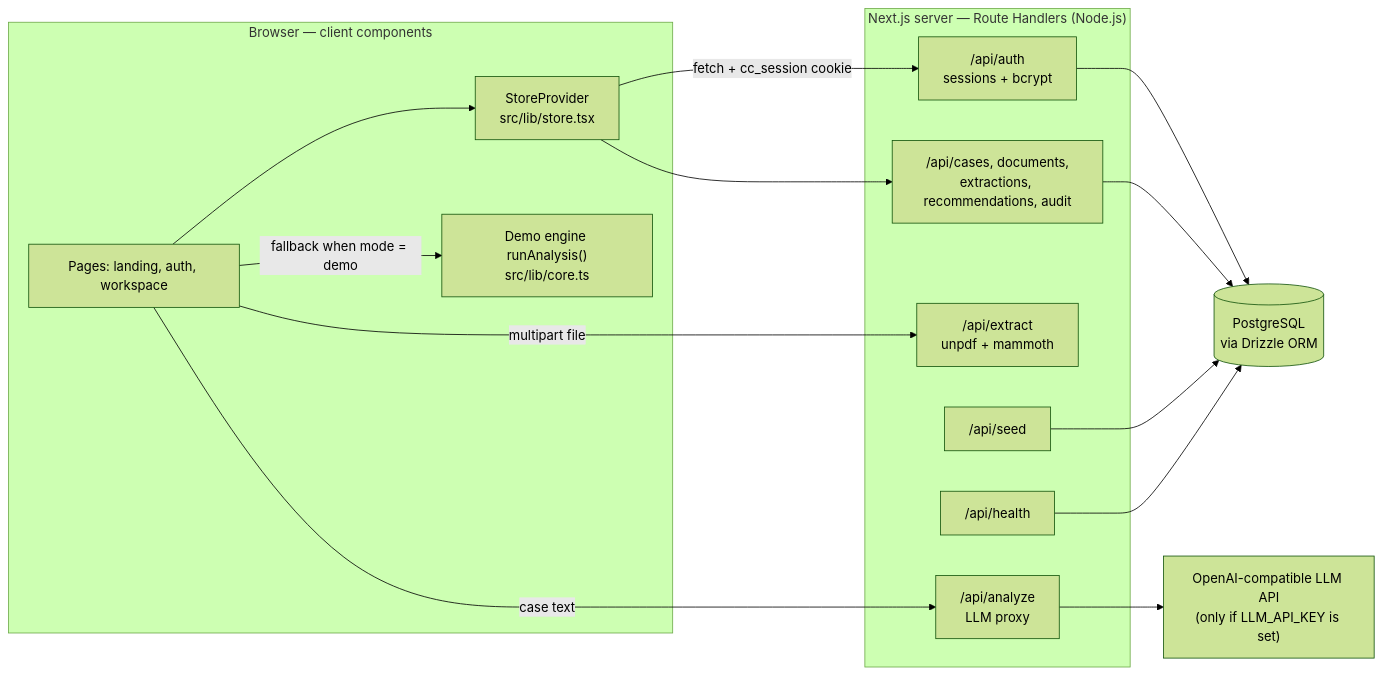
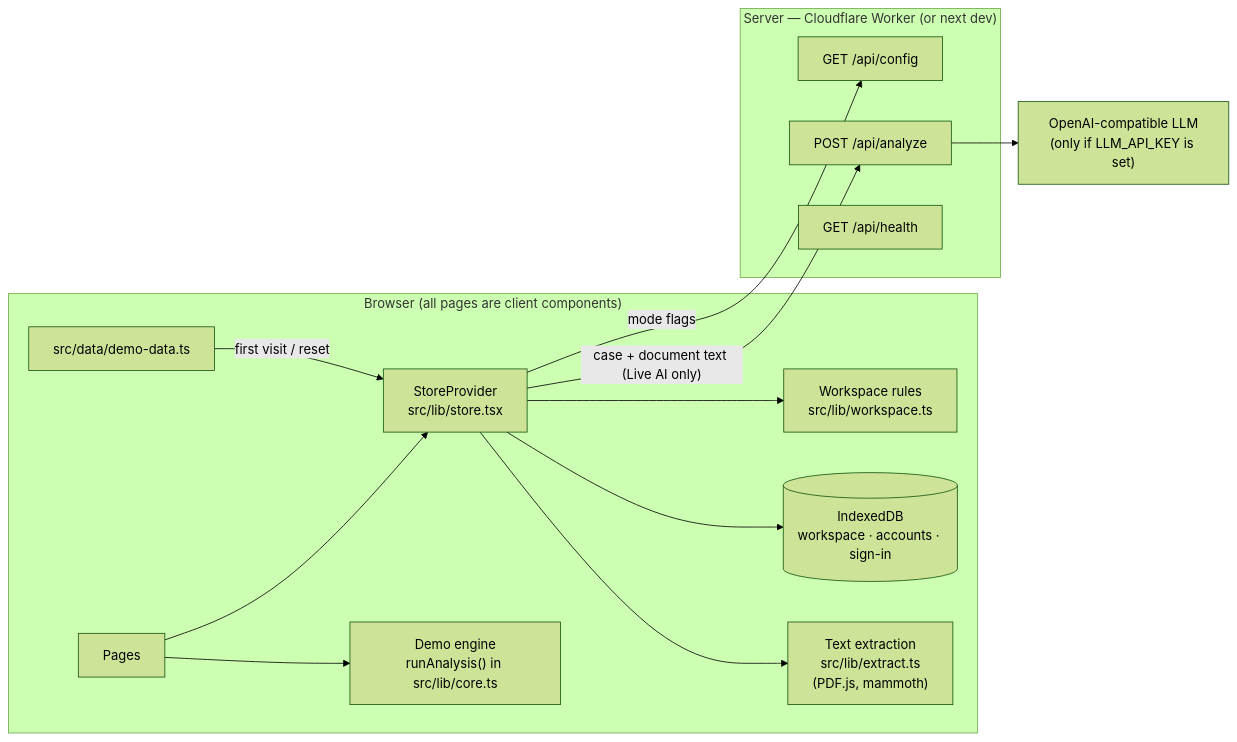
The diagram in CONTEXT.md (eayub006-source/caseclarity-ai), drawn with Mermaid (forest theme) before and after one commit. The commit also changed other lines of this file and 4 other files, not shown here.

First line of the commit message:
Document the database-free demo build and Cloudflare deployment

````diff
--- a/CONTEXT.md
+++ b/CONTEXT.md
@@ -112,29 +105,20 @@
 ```mermaid
 flowchart LR
-  subgraph Browser["Browser — client components"]
-    UI["Pages: landing, auth, workspace"]
-    Store["StoreProvider<br/>src/lib/store.tsx"]
-    Demo["Demo engine runAnalysis()<br/>src/lib/core.ts"]
+  subgraph Browser["Browser (all pages are client components)"]
+    UI["Pages"] --> Store["StoreProvider<br/>src/lib/store.tsx"]
+    Store --> Rules["Workspace rules<br/>src/lib/workspace.ts"]
+    Store --> IDB[("IndexedDB<br/>workspace · accounts · sign-in")]
+    Store --> Extract["Text extraction<br/>src/lib/extract.ts<br/>(PDF.js, mammoth)"]
+    UI --> Engine["Demo engine<br/>runAnalysis() in src/lib/core.ts"]
+    Seed["src/data/demo-data.ts"] -->|"first visit / reset"| Store
   end
-  subgraph Server["Next.js server — Route Handlers (Node.js)"]
-    Auth["/api/auth<br/>sessions + bcrypt"]
-    Data["/api/cases, documents,<br/>extractions, recommendations, audit"]
-    Extract["/api/extract<br/>unpdf + mammoth"]
-    Analyze["/api/analyze<br/>LLM proxy"]
-    Seed["/api/seed"]
-    Health["/api/health"]
+  subgraph Worker["Server — Cloudflare Worker (or next dev)"]
+    Config["GET /api/config"]
+    Analyze["POST /api/analyze"]
+    Health["GET /api/health"]
   end
-  DB[("PostgreSQL<br/>via Drizzle ORM")]
-  LLM["OpenAI-compatible LLM API<br/>(only if LLM_API_KEY is set)"]
-  UI --> Store
-  Store -->|"fetch + cc_session cookie"| Auth
-  Store --> Data
-  UI -->|"multipart file"| Extract
-  UI -->|"case text"| Analyze
-  UI -->|"fallback when mode = demo"| Demo
-  Auth --> DB
-  Data --> DB
-  Seed --> DB
-  Health --> DB
+  LLM["OpenAI-compatible LLM<br/>(only if LLM_API_KEY is set)"]
+  Store -->|"mode flags"| Config
+  Store -->|"case + document text (Live AI only)"| Analyze
   Analyze --> LLM
 ```
````
